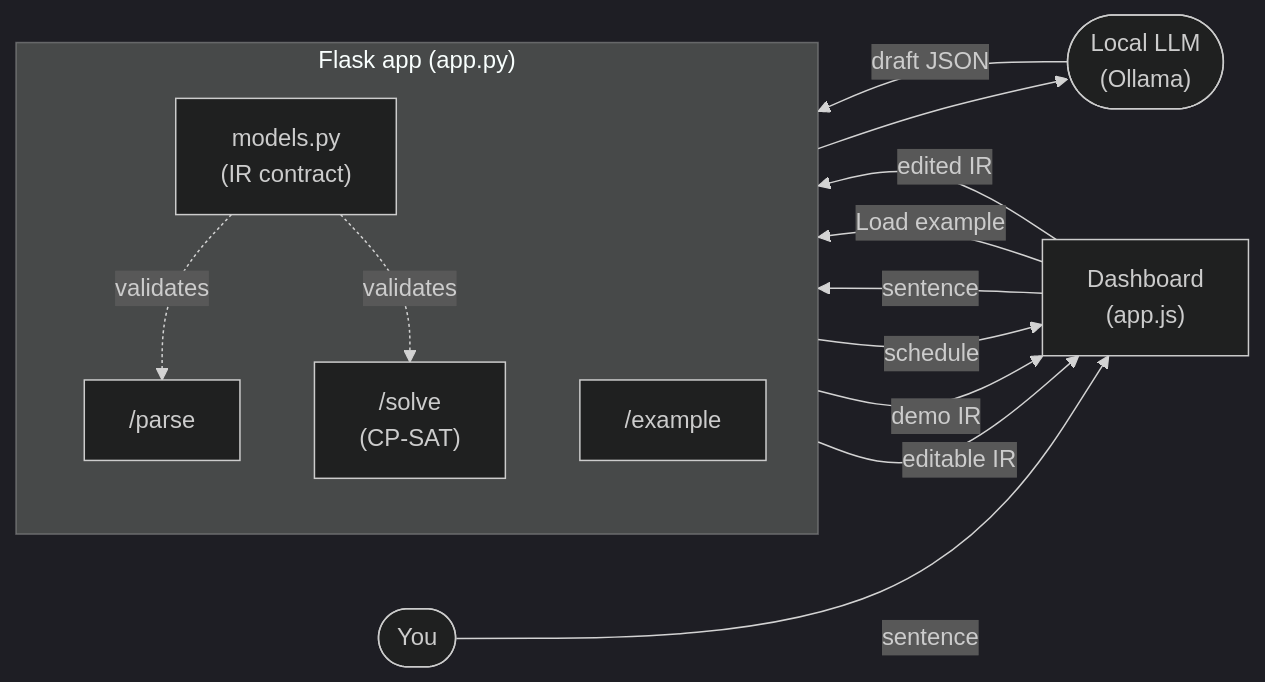
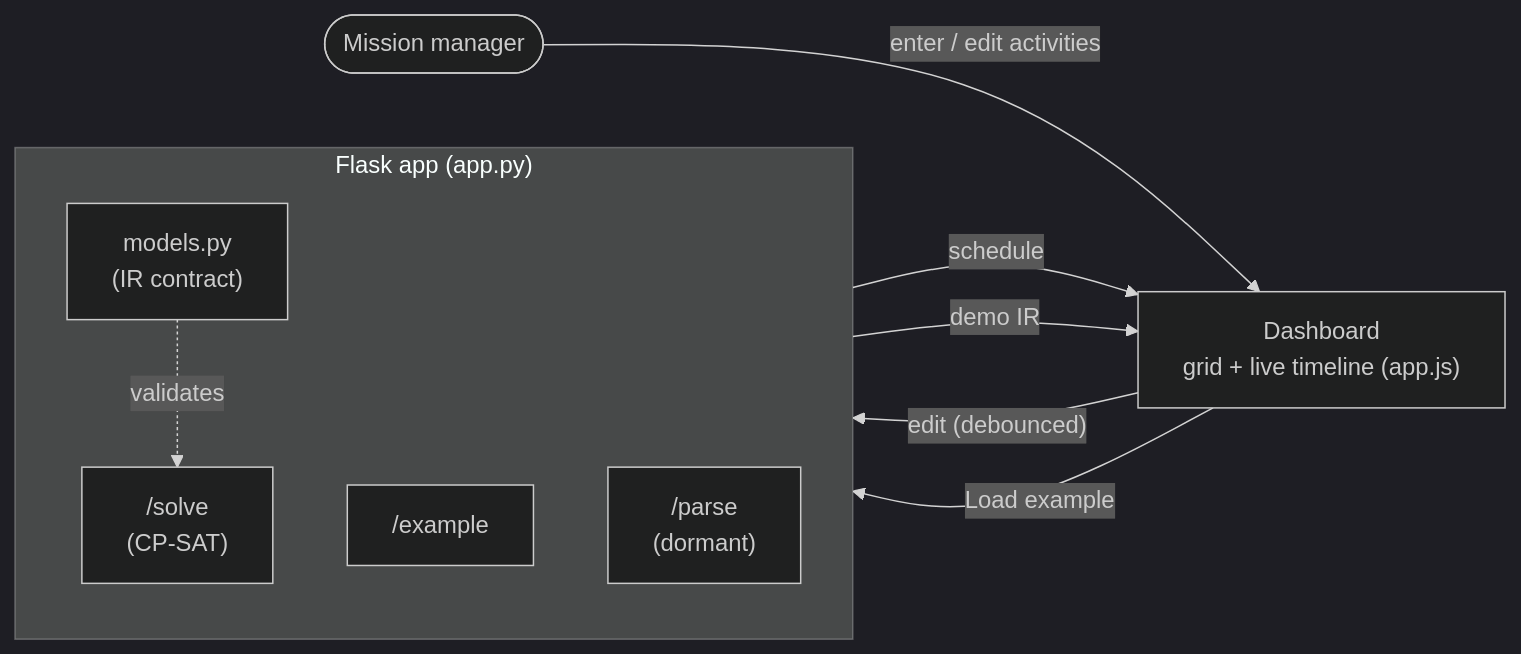
Before and after one commit to henryqpham/CP-SAT-PROJECT: the diagram in ARCHITECTURE.md, drawn with Mermaid (dark theme). The commit also changed other lines of this file and 1 other file, not shown here.

````diff
--- a/ARCHITECTURE.md
+++ b/ARCHITECTURE.md
@@ -100,25 +101,18 @@
 ```mermaid
 flowchart LR
-    U(["You"]) -->|sentence| FE["Dashboard<br/>(app.js)"]
+    U(["Mission manager"]) -->|enter / edit activities| FE["Dashboard<br/>grid + live timeline (app.js)"]
 
     subgraph FLASK["Flask app (app.py)"]
         direction TB
-        PARSE["/parse"]
         SOLVE["/solve<br/>(CP-SAT)"]
         EXAMPLE["/example"]
         IR["models.py<br/>(IR contract)"]
+        PARSE["/parse<br/>(dormant)"]
     end
 
-    LLM(["Local LLM<br/>(Ollama)"])
-
-    FE -->|sentence| PARSE
-    PARSE --> LLM
-    LLM -->|draft JSON| PARSE
-    PARSE -->|editable IR| FE
+    FE -->|"edit (debounced)"| SOLVE
+    SOLVE -->|schedule| FE
     FE -->|"Load example"| EXAMPLE
     EXAMPLE -->|demo IR| FE
-    FE -->|edited IR| SOLVE
-    SOLVE -->|schedule| FE
-    IR -.validates.-> PARSE
     IR -.validates.-> SOLVE
 ```
````
